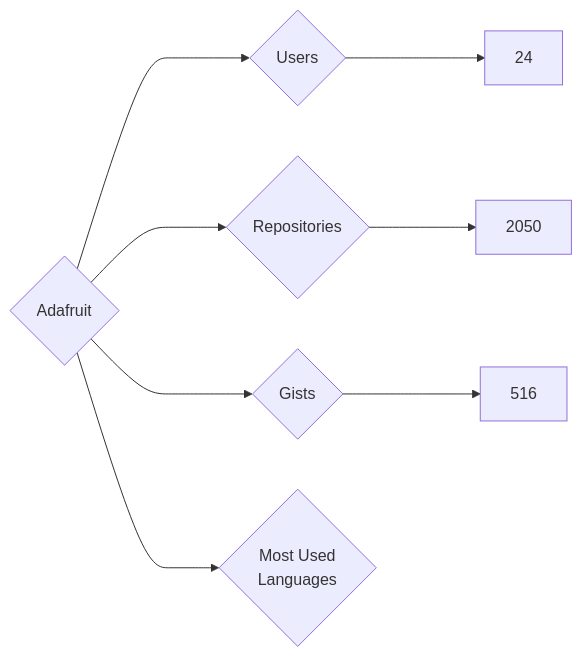
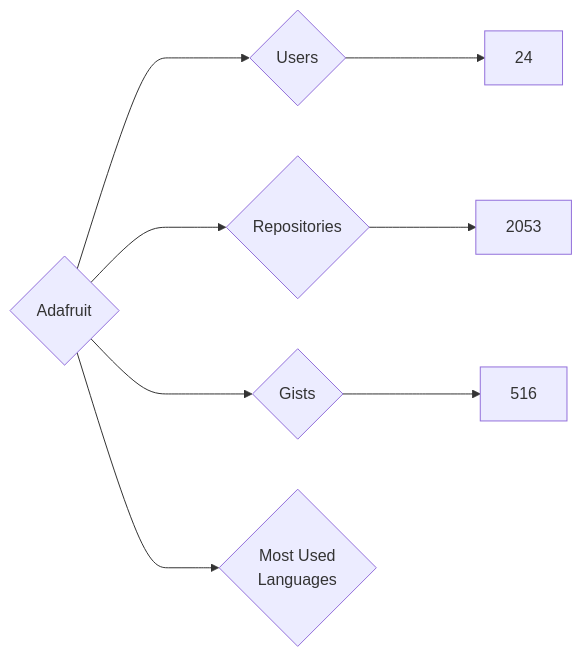
One commit to nenadzaric/insiders changed the diagram in targets/Adafruit/README.md. Above: the diagram before and after it, drawn with Mermaid. The commit also changed 27 other files, not shown here.

````diff
--- a/targets/Adafruit/README.md
+++ b/targets/Adafruit/README.md
@@ -3,8 +3,8 @@
 ```mermaid
 graph LR
 COMPANY_NAME{Adafruit}
 COMPANY_NAME ---> U{Users} ---> UN[24]
-COMPANY_NAME ---> R{Repositories} ---> RN[2050]
+COMPANY_NAME ---> R{Repositories} ---> RN[2053]
 COMPANY_NAME ---> G{Gists} ---> GN[516]
 COMPANY_NAME ---> ML{Most Used<br>Languages}
 ```
````
